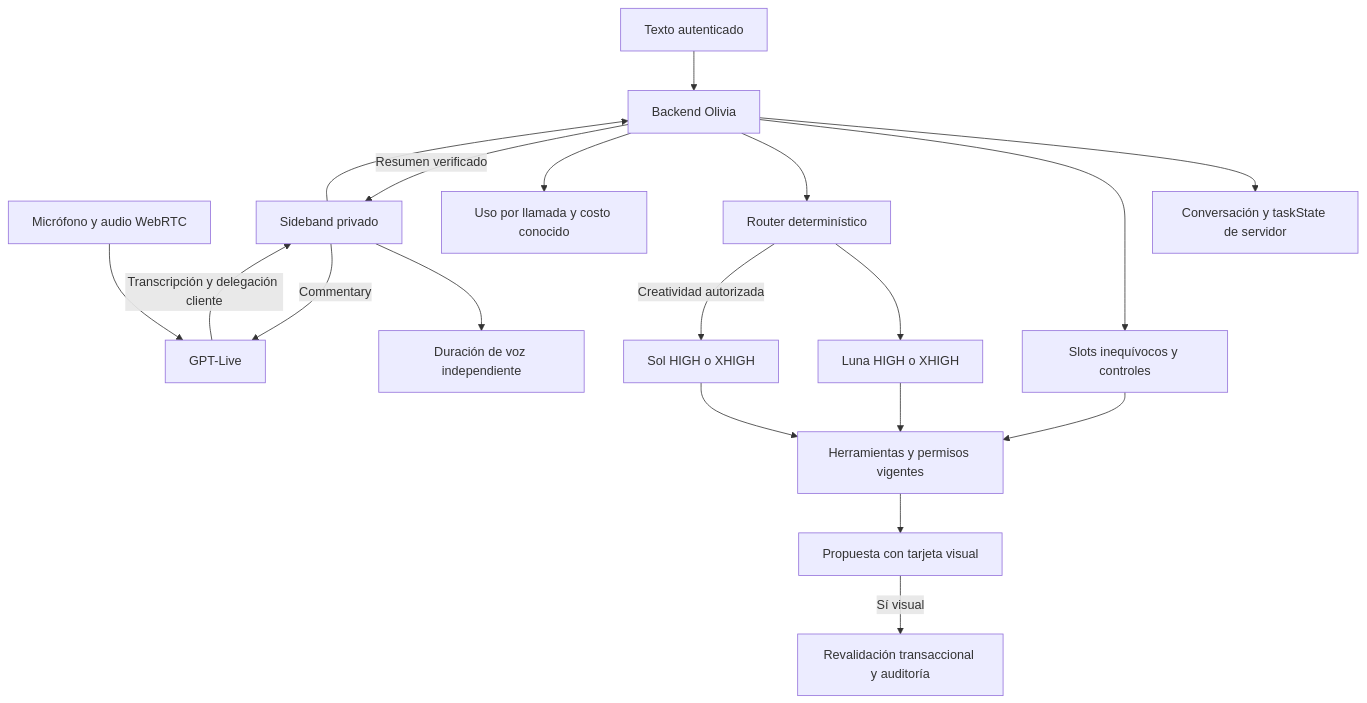
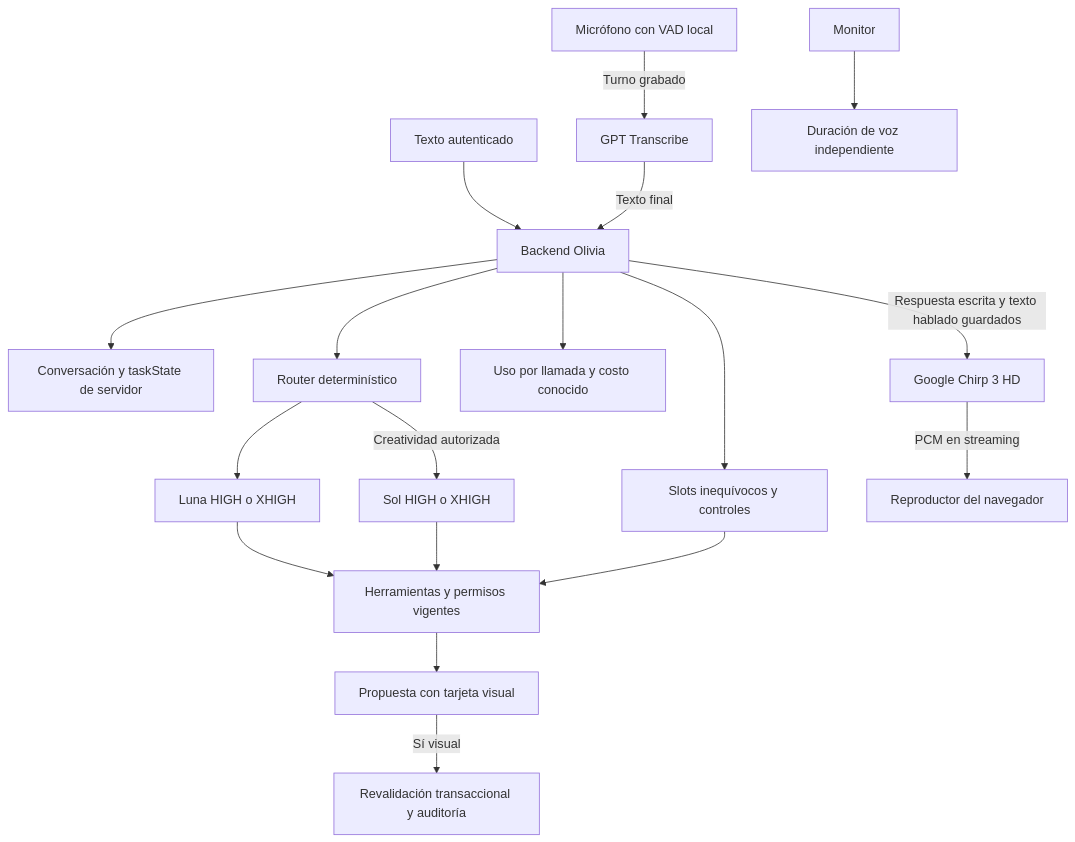
The diagram in docs/OLIVIA-MODEL-ROUTER.md (AgustinBazanUB/App-Integral-FM), drawn with Mermaid before and after one commit. The commit also changed other lines of this file and 44 other files, not shown here.

Commit message:
feat(olivia): replace GPT-Live with natural voice using Chirp

````diff
--- a/docs/OLIVIA-MODEL-ROUTER.md
+++ b/docs/OLIVIA-MODEL-ROUTER.md
@@ -60,21 +60,20 @@
 ```mermaid
 flowchart TD
   Text[Texto autenticado] --> Core[Backend Olivia]
-  Voice[Micrófono y audio WebRTC] --> Live[GPT-Live]
-  Live -->|Transcripción y delegación cliente| Monitor[Sideband privado]
-  Monitor --> Core
+  Voice[Micrófono con VAD local] -->|Turno grabado| ASR[GPT Transcribe]
+  ASR -->|Texto final| Core
   Core --> Task[Conversación y taskState de servidor]
   Core --> Fast[Slots inequívocos y controles]
   Core --> Router[Router determinístico]
   Router --> Luna[Luna HIGH o XHIGH]
   Router -->|Creatividad autorizada| Sol[Sol HIGH o XHIGH]
   Luna --> Tools[Herramientas y permisos vigentes]
   Sol --> Tools
   Fast --> Tools
   Tools --> Card[Propuesta con tarjeta visual]
   Card -->|Sí visual| Transaction[Revalidación transaccional y auditoría]
   Core --> Ledger[Uso por llamada y costo conocido]
   Monitor --> Duration[Duración de voz independiente]
-  Core -->|Resumen verificado| Monitor
-  Monitor -->|Commentary| Live
+  Core -->|Respuesta escrita y texto hablado guardados| Chirp[Google Chirp 3 HD]
+  Chirp -->|PCM en streaming| VoiceOut[Reproductor del navegador]
 ```
````
